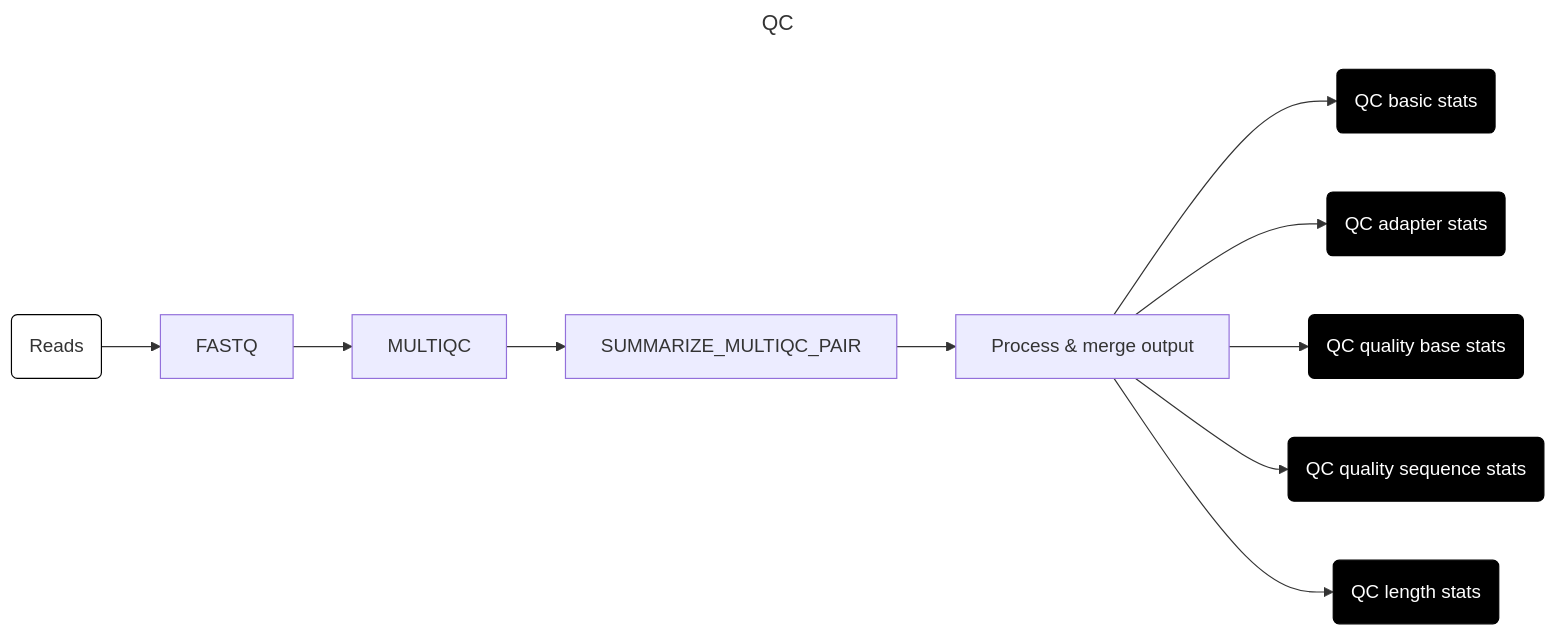
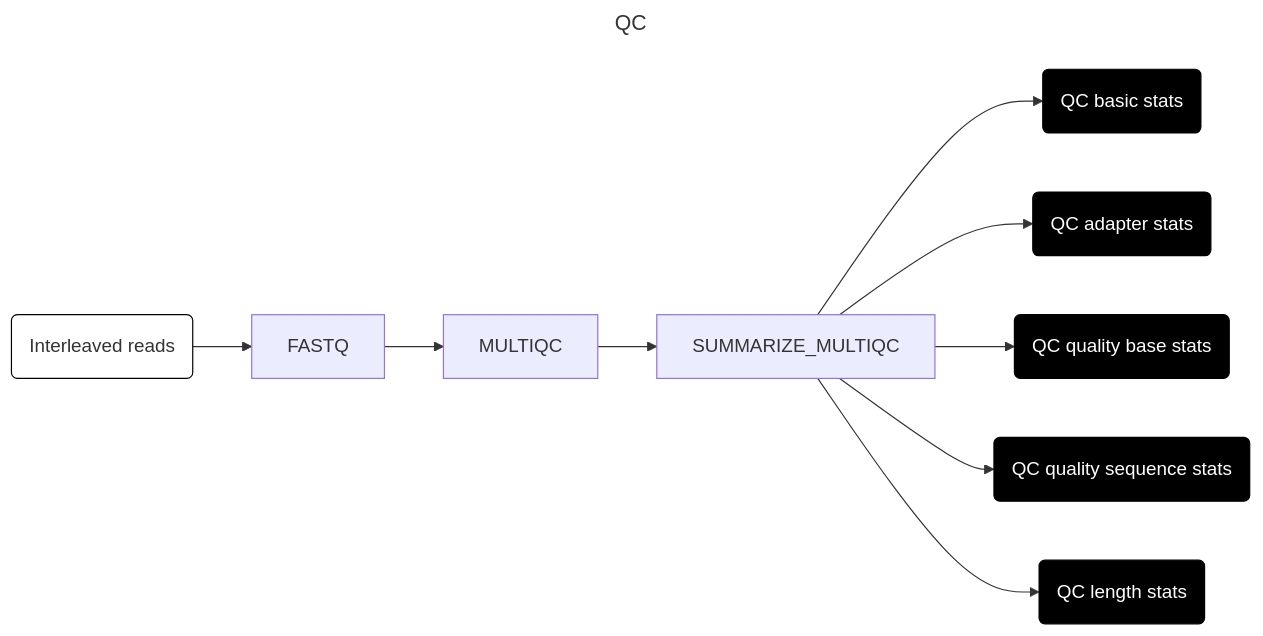
The fourth of 8 diagrams in docs/run.md (naobservatory/mgs-workflow), drawn with Mermaid before and after one commit. The commit also changed other lines of this file, not shown here.

````diff
--- a/docs/run.md
+++ b/docs/run.md
@@ -129,19 +130,18 @@
 ```mermaid
 ---
 title: QC
 config:
   layout: horizontal
 ---
 flowchart LR
-A(Reads) --> B[FASTQ]
+A(Interleaved reads) --> B[FASTQ]
 B --> C[MULTIQC]
-C --> D[SUMMARIZE_MULTIQC_PAIR]
-D --> E[Process & merge output]
-E --> F(QC basic stats) & G(QC adapter stats) & H(QC quality base stats) & I(QC quality sequence stats) & J(QC length stats)
+C --> D[SUMMARIZE_MULTIQC]
+D --> F(QC basic stats) & G(QC adapter stats) & H(QC quality base stats) & I(QC quality sequence stats) & J(QC length stats)
 style A fill:#fff,stroke:#000
 style F fill:#000,color:#fff,stroke:#000
 style G fill:#000,color:#fff,stroke:#000
 style H fill:#000,color:#fff,stroke:#000
 style I fill:#000,color:#fff,stroke:#000
 style J fill:#000,color:#fff,stroke:#000
 ```
````
